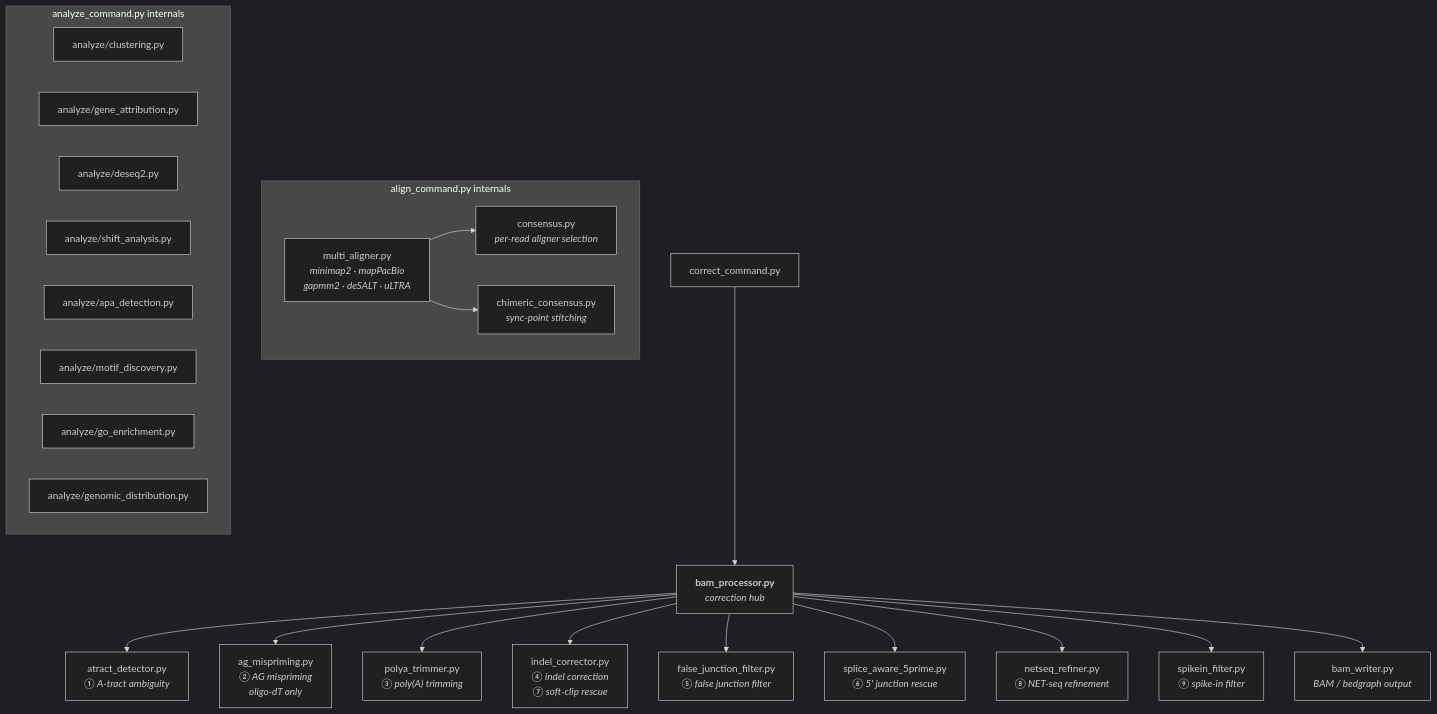
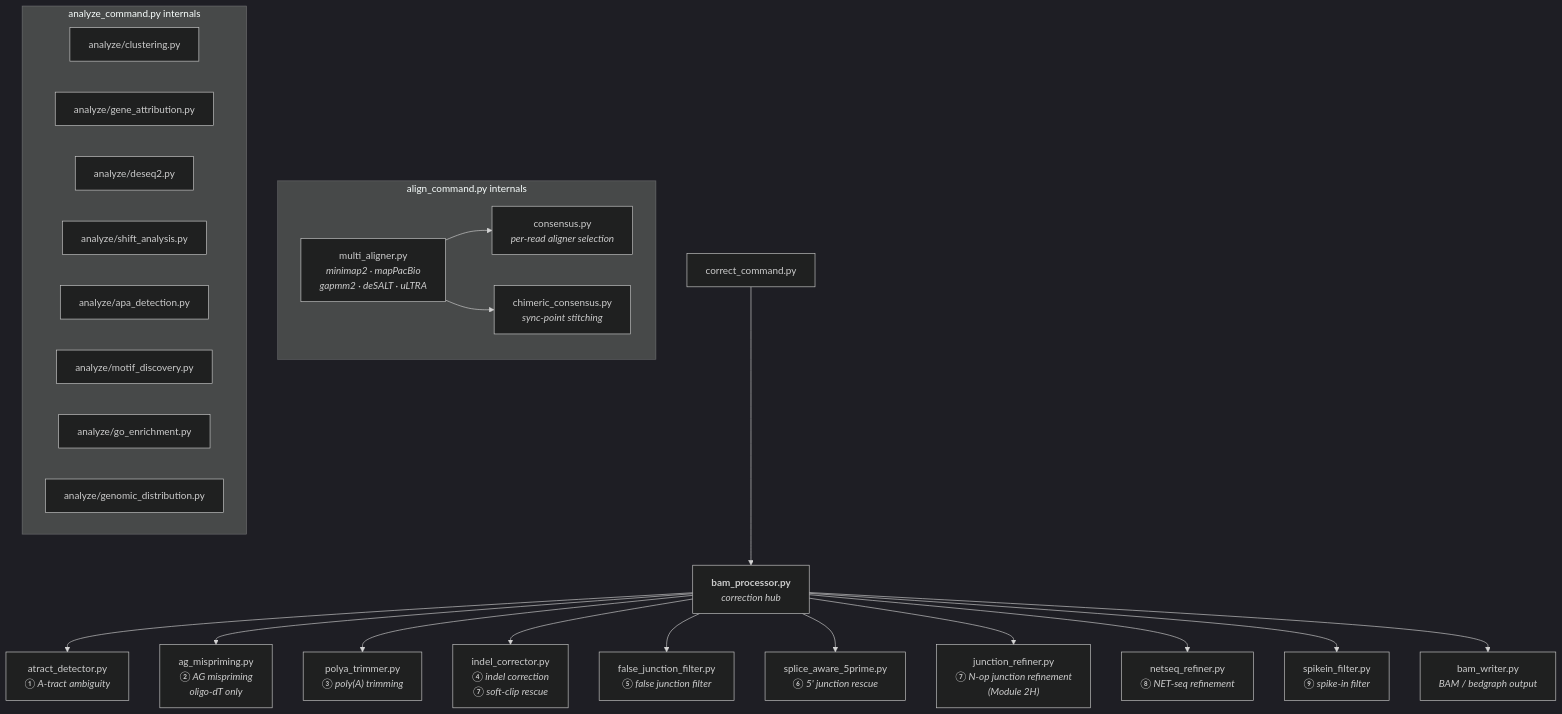
The second of 2 diagrams in ARCHITECTURE.md (k-roy/RECTIFY), drawn with Mermaid (dark theme) before and after one commit. The commit also changed other lines of this file and 99 other files, not shown here.

````diff
--- a/ARCHITECTURE.md
+++ b/ARCHITECTURE.md
@@ -226,33 +227,34 @@
 ```mermaid
 flowchart TD
     CC["correct_command.py"] --> BP["<b>bam_processor.py</b><br/><i>correction hub</i>"]
 
     BP --> MOD1["atract_detector.py<br/><i>① A-tract ambiguity</i>"]
     BP --> MOD2["ag_mispriming.py<br/><i>② AG mispriming<br/>oligo-dT only</i>"]
     BP --> MOD3["polya_trimmer.py<br/><i>③ poly(A) trimming</i>"]
     BP --> MOD4["indel_corrector.py<br/><i>④ indel correction<br/>⑦ soft-clip rescue</i>"]
     BP --> MOD5["false_junction_filter.py<br/><i>⑤ false junction filter</i>"]
     BP --> MOD6["splice_aware_5prime.py<br/><i>⑥ 5' junction rescue</i>"]
-    BP --> MOD7["netseq_refiner.py<br/><i>⑧ NET-seq refinement</i>"]
-    BP --> MOD8["spikein_filter.py<br/><i>⑨ spike-in filter</i>"]
+    BP --> MOD7["junction_refiner.py<br/><i>⑦ N-op junction refinement<br/>(Module 2H)</i>"]
+    BP --> MOD8["netseq_refiner.py<br/><i>⑧ NET-seq refinement</i>"]
+    BP --> MOD9["spikein_filter.py<br/><i>⑨ spike-in filter</i>"]
     BP --> BW["bam_writer.py<br/><i>BAM / bedgraph output</i>"]
 
     subgraph alignment["align_command.py internals"]
         MA["multi_aligner.py<br/><i>minimap2 · mapPacBio<br/>gapmm2 · deSALT · uLTRA</i>"]
         CS["consensus.py<br/><i>per-read aligner selection</i>"]
         CHM["chimeric_consensus.py<br/><i>sync-point stitching</i>"]
         MA --> CS
         MA --> CHM
     end
 
     subgraph analysis["analyze_command.py internals"]
         CLU["analyze/clustering.py"]
         GA["analyze/gene_attribution.py"]
         DE["analyze/deseq2.py"]
         SA["analyze/shift_analysis.py"]
         APA["analyze/apa_detection.py"]
         MD["analyze/motif_discovery.py"]
         GO["analyze/go_enrichment.py"]
         GD["analyze/genomic_distribution.py"]
     end
 ```
````
